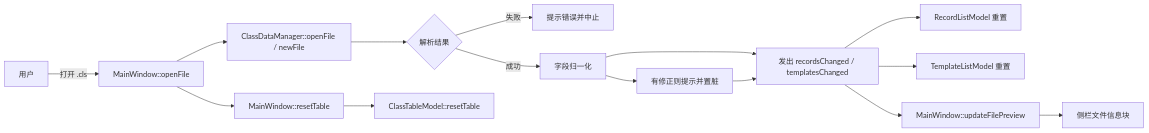
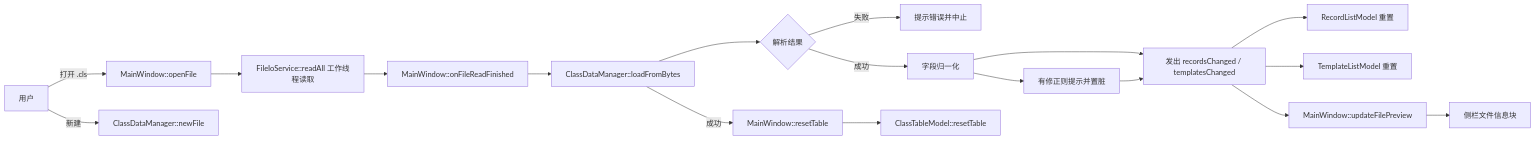
The second of 10 diagrams in docs/structure.md (fz1251/ClassScoreManager), drawn with Mermaid before and after one commit. The commit also changed other lines of this file and 17 other files, not shown here.

````diff
--- a/docs/structure.md
+++ b/docs/structure.md
@@ -132,17 +140,20 @@
 ```mermaid
 flowchart LR
     User[用户] -->|打开 .cls| Open[MainWindow::openFile]
-    Open --> Parse[ClassDataManager::openFile / newFile]
+    Open --> Read[FileIoService::readAll 工作线程读取]
+    Read --> Done[MainWindow::onFileReadFinished]
+    Done --> Parse[ClassDataManager::loadFromBytes]
     Parse --> Result{解析结果}
     Result -->|失败| Fail[提示错误并中止]
     Result -->|成功| Repair[字段归一化]
     Repair --> Warn[有修正则提示并置脏]
     Repair --> Emit[发出 recordsChanged / templatesChanged]
     Warn --> Emit
     Emit --> RecordModel[RecordListModel 重置]
     Emit --> TemplateModel[TemplateListModel 重置]
     Emit --> Preview[MainWindow::updateFilePreview]
     Preview --> Sidebar[侧栏文件信息块]
-    Open --> Reset[MainWindow::resetTable]
+    Parse -->|成功| Reset[MainWindow::resetTable]
     Reset --> TableModel[ClassTableModel::resetTable]
+    User -->|新建| NewFile[ClassDataManager::newFile]
 ```
````
